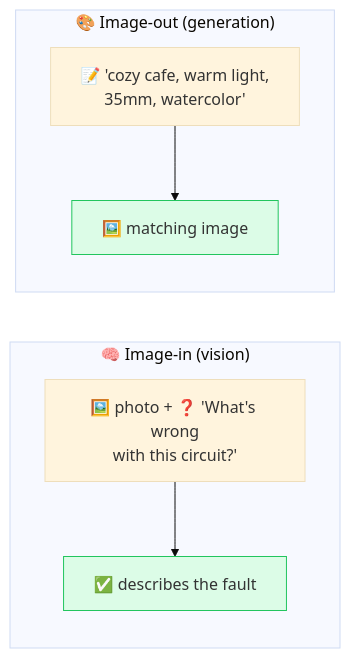
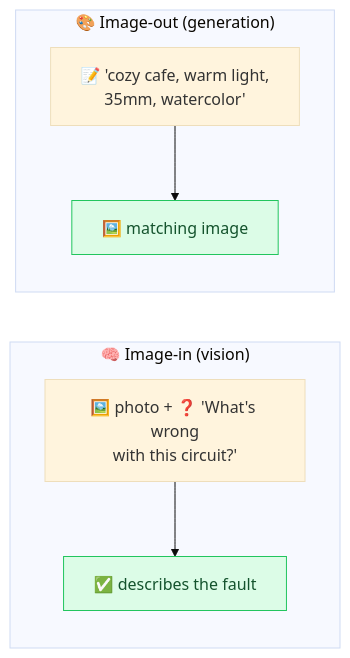
One commit to behnia137/prompt-engineering-visual changed the diagram in techniques/multimodal-prompting.md. Above: the diagram before and after it, drawn with Mermaid (base theme). The commit also changed 24 other files, not shown here.

First line of the commit message:
Fix Mermaid: escaped-quote parse errors + dark-mode text contrast

````diff
--- a/techniques/multimodal-prompting.md
+++ b/techniques/multimodal-prompting.md
@@ -7,11 +7,11 @@
 ```mermaid
 flowchart LR
     subgraph IN["🧠 Image-in (vision)"]
         P1["🖼️ photo + ❓ 'What's wrong<br/>with this circuit?'"] --> A1["✅ describes the fault"]
     end
     subgraph OUT["🎨 Image-out (generation)"]
         P2["📝 'cozy cafe, warm light,<br/>35mm, watercolor'"] --> A2["🖼️ matching image"]
     end
-    style A1 fill:#dcfce7,stroke:#22c55e
-    style A2 fill:#dcfce7,stroke:#22c55e
+    style A1 fill:#dcfce7,stroke:#22c55e,color:#14532d
+    style A2 fill:#dcfce7,stroke:#22c55e,color:#14532d
 ```
````
